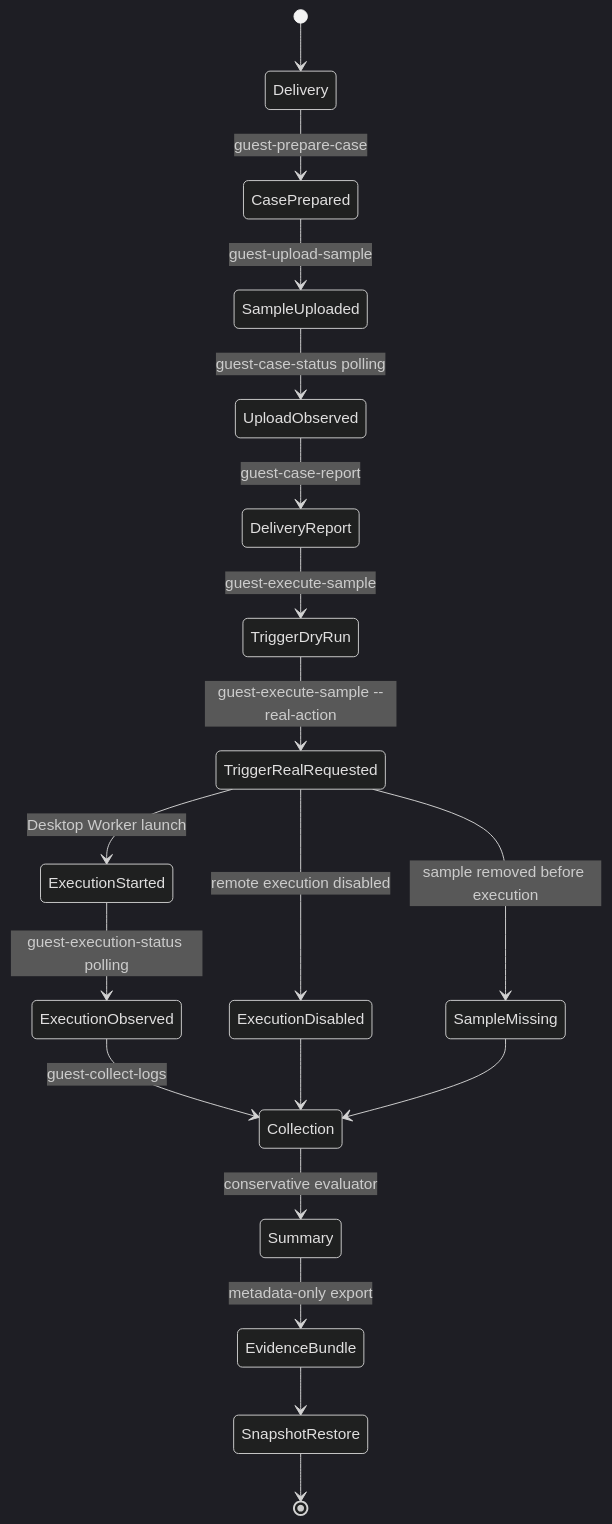
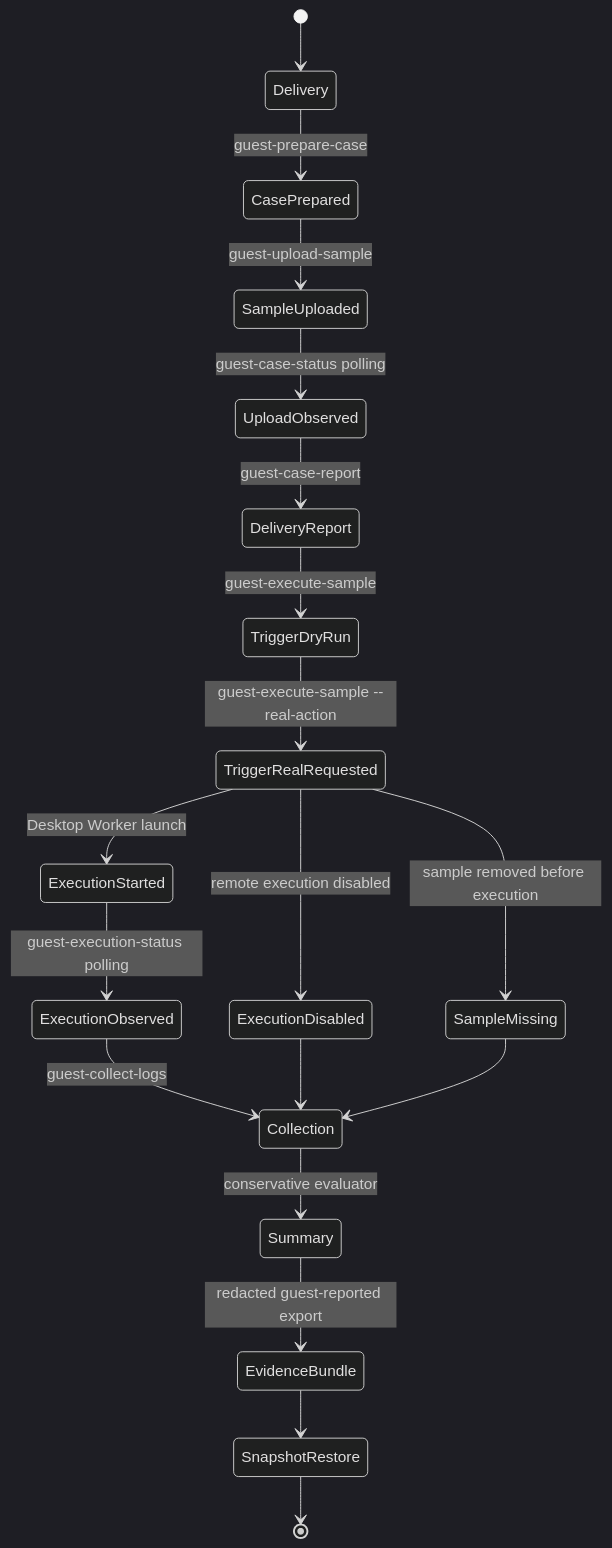
The second of 2 diagrams in docs/ARCHITECTURE.md (ParleStargazer/Cloud-AV-Agent-Lab), drawn with Mermaid (dark theme) before and after one commit. The commit also changed other lines of this file and 8 other files, not shown here.

Commit message:
Refine redacted evidence bundle boundaries

````diff
--- a/docs/ARCHITECTURE.md
+++ b/docs/ARCHITECTURE.md
@@ -31,23 +31,23 @@
 ```mermaid
 stateDiagram-v2
     [*] --> Delivery
     Delivery --> CasePrepared: guest-prepare-case
     CasePrepared --> SampleUploaded: guest-upload-sample
     SampleUploaded --> UploadObserved: guest-case-status polling
     UploadObserved --> DeliveryReport: guest-case-report
 
     DeliveryReport --> TriggerDryRun: guest-execute-sample
     TriggerDryRun --> TriggerRealRequested: guest-execute-sample --real-action
     TriggerRealRequested --> ExecutionDisabled: remote execution disabled
     TriggerRealRequested --> SampleMissing: sample removed before execution
     TriggerRealRequested --> ExecutionStarted: Desktop Worker launch
 
     ExecutionStarted --> ExecutionObserved: guest-execution-status polling
     ExecutionObserved --> Collection: guest-collect-logs
     ExecutionDisabled --> Collection
     SampleMissing --> Collection
     Collection --> Summary: conservative evaluator
-    Summary --> EvidenceBundle: metadata-only export
+    Summary --> EvidenceBundle: redacted guest-reported export
     EvidenceBundle --> SnapshotRestore
     SnapshotRestore --> [*]
 ```
````
